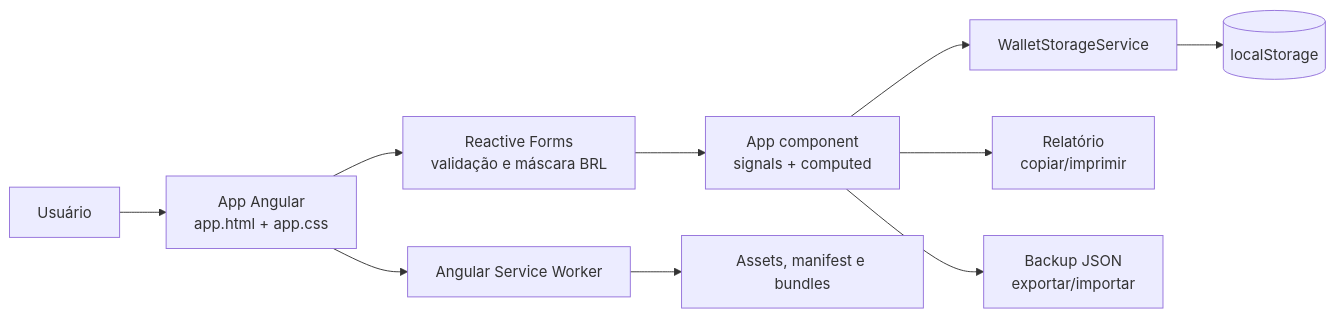
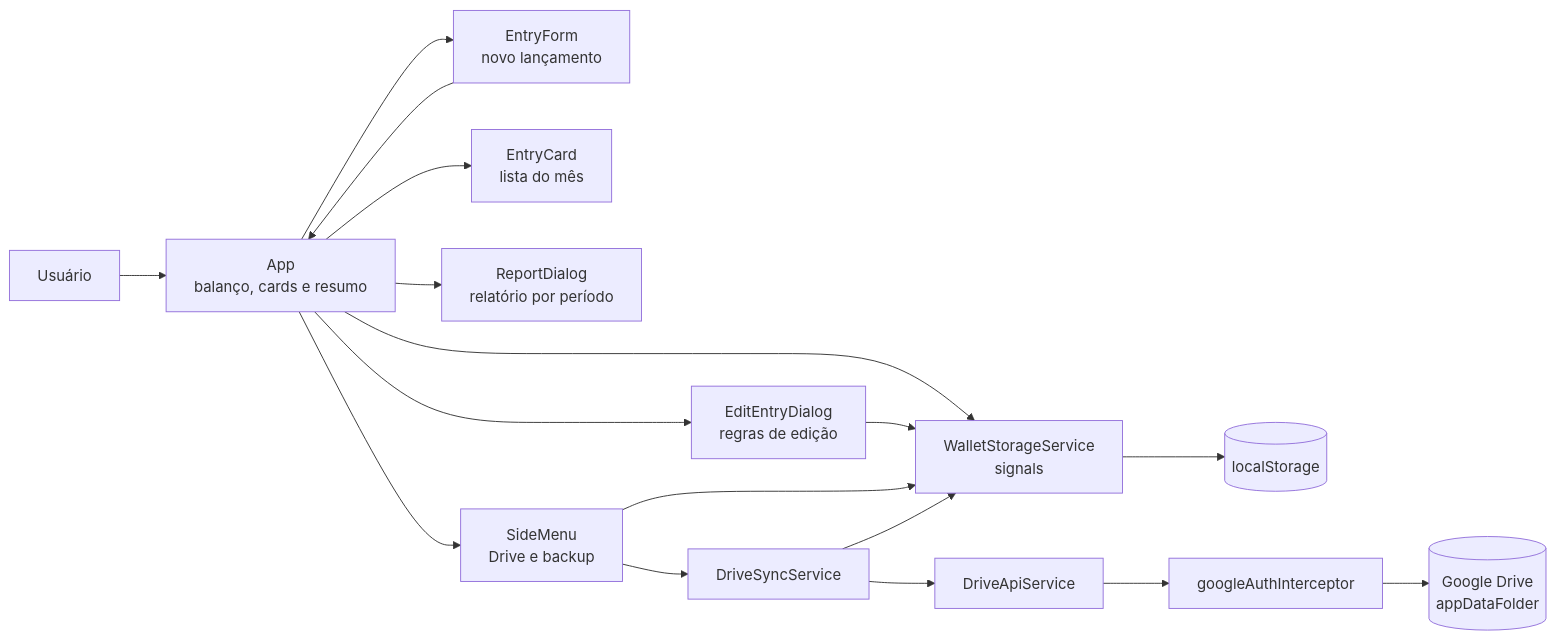
Before and after one commit to michaelldo/sattva-financas: the first of 3 diagrams in README.md, drawn with Mermaid. The commit also changed other lines of this file and 32 other files, not shown here.

````diff
--- a/README.md
+++ b/README.md
@@ -60,12 +82,19 @@
 ```mermaid
 flowchart LR
-  User["Usuário"] --> UI["App Angular<br/>app.html + app.css"]
-  UI --> Forms["Reactive Forms<br/>validação e máscara BRL"]
-  Forms --> Component["App component<br/>signals + computed"]
-  Component --> Storage["WalletStorageService"]
-  Storage --> LocalStorage[("localStorage")]
-  Component --> Report["Relatório<br/>copiar/imprimir"]
-  Component --> Backup["Backup JSON<br/>exportar/importar"]
-  SW["Angular Service Worker"] --> Assets["Assets, manifest e bundles"]
-  UI --> SW
+  User["Usuário"] --> App["App<br/>balanço, cards e resumo"]
+  App --> EntryForm["EntryForm<br/>novo lançamento"]
+  App --> EntryCard["EntryCard<br/>lista do mês"]
+  App --> Edit["EditEntryDialog<br/>regras de edição"]
+  App --> Report["ReportDialog<br/>relatório por período"]
+  App --> Menu["SideMenu<br/>Drive e backup"]
+  EntryForm --> App
+  App --> Storage["WalletStorageService<br/>signals"]
+  Edit --> Storage
+  Menu --> Storage
+  Storage --> LS[("localStorage")]
+  Menu --> Sync["DriveSyncService"]
+  Sync --> Storage
+  Sync --> Api["DriveApiService"]
+  Api --> Interceptor["googleAuthInterceptor"]
+  Interceptor --> Drive[("Google Drive<br/>appDataFolder")]
 ```
````
